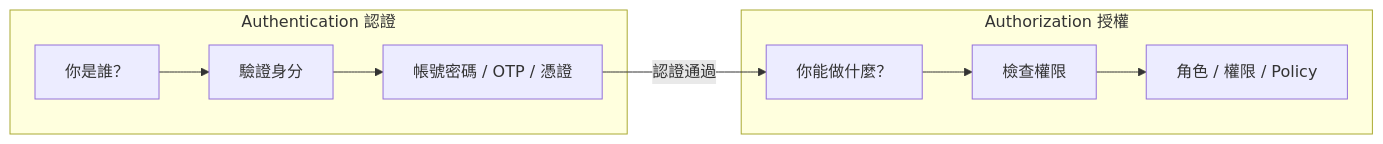
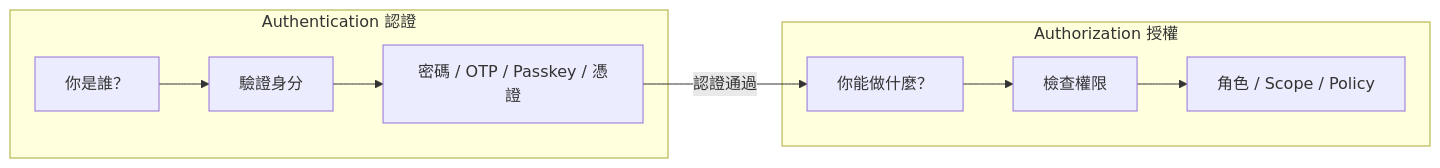
One commit to chihhung/Blog changed the fourth of 19 diagrams in content/posts/教學/工具/Keycloak教學手冊.md. Above: the diagram before and after it, drawn with Mermaid. The commit also changed other lines of this file and 10 other files, not shown here.

````diff
--- a/content/posts/教學/工具/Keycloak教學手冊.md
+++ b/content/posts/教學/工具/Keycloak教學手冊.md
@@ -297,18 +612,18 @@
 ```mermaid
 graph LR
-    subgraph "Authentication 認證"
+    subgraph AN["Authentication 認證"]
         A1[你是誰？]
         A2[驗證身分]
-        A3[帳號密碼 / OTP / 憑證]
+        A3[密碼 / OTP / Passkey / 憑證]
     end
-    
-    subgraph "Authorization 授權"
+
+    subgraph AZ["Authorization 授權"]
         B1[你能做什麼？]
         B2[檢查權限]
-        B3[角色 / 權限 / Policy]
+        B3[角色 / Scope / Policy]
     end
-    
+
     A1 --> A2 --> A3
     A3 -->|認證通過| B1
     B1 --> B2 --> B3
 ```
````
